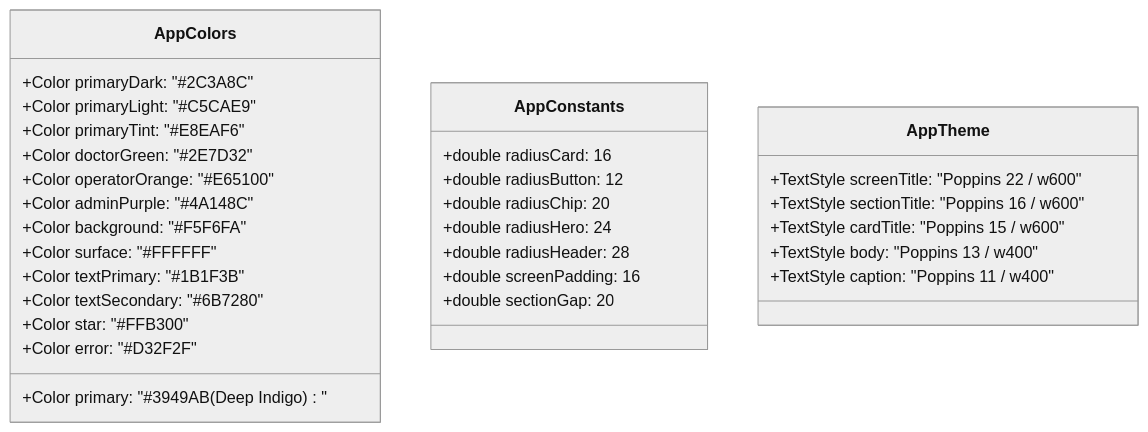
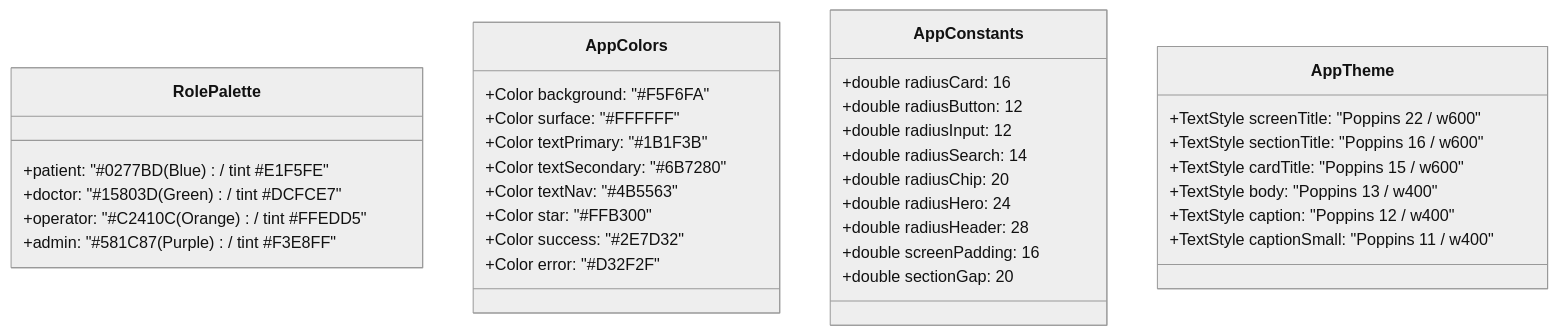
The third of 8 diagrams in docs/SRS.md (Mashrafi-Elahi/doctordesk_mobile), drawn with Mermaid (neutral theme) before and after one commit. The commit also changed other lines of this file and 54 other files, not shown here.

````diff
--- a/docs/SRS.md
+++ b/docs/SRS.md
@@ -248,36 +250,41 @@
 ```mermaid
 classDiagram
+    class RolePalette {
+        +patient: "#0277BD (Blue) / tint #E1F5FE"
+        +doctor: "#15803D (Green) / tint #DCFCE7"
+        +operator: "#C2410C (Orange) / tint #FFEDD5"
+        +admin: "#581C87 (Purple) / tint #F3E8FF"
+    }
+
     class AppColors {
-        +Color primary: "#3949AB (Deep Indigo)"
-        +Color primaryDark: "#2C3A8C"
-        +Color primaryLight: "#C5CAE9"
-        +Color primaryTint: "#E8EAF6"
-        +Color doctorGreen: "#2E7D32"
-        +Color operatorOrange: "#E65100"
-        +Color adminPurple: "#4A148C"
         +Color background: "#F5F6FA"
         +Color surface: "#FFFFFF"
         +Color textPrimary: "#1B1F3B"
         +Color textSecondary: "#6B7280"
+        +Color textNav: "#4B5563"
         +Color star: "#FFB300"
+        +Color success: "#2E7D32"
         +Color error: "#D32F2F"
     }
 
     class AppConstants {
         +double radiusCard: 16
         +double radiusButton: 12
+        +double radiusInput: 12
+        +double radiusSearch: 14
         +double radiusChip: 20
         +double radiusHero: 24
         +double radiusHeader: 28
         +double screenPadding: 16
         +double sectionGap: 20
     }
 
     class AppTheme {
         +TextStyle screenTitle: "Poppins 22 / w600"
         +TextStyle sectionTitle: "Poppins 16 / w600"
         +TextStyle cardTitle: "Poppins 15 / w600"
         +TextStyle body: "Poppins 13 / w400"
-        +TextStyle caption: "Poppins 11 / w400"
+        +TextStyle caption: "Poppins 12 / w400"
+        +TextStyle captionSmall: "Poppins 11 / w400"
     }
 ```
````
